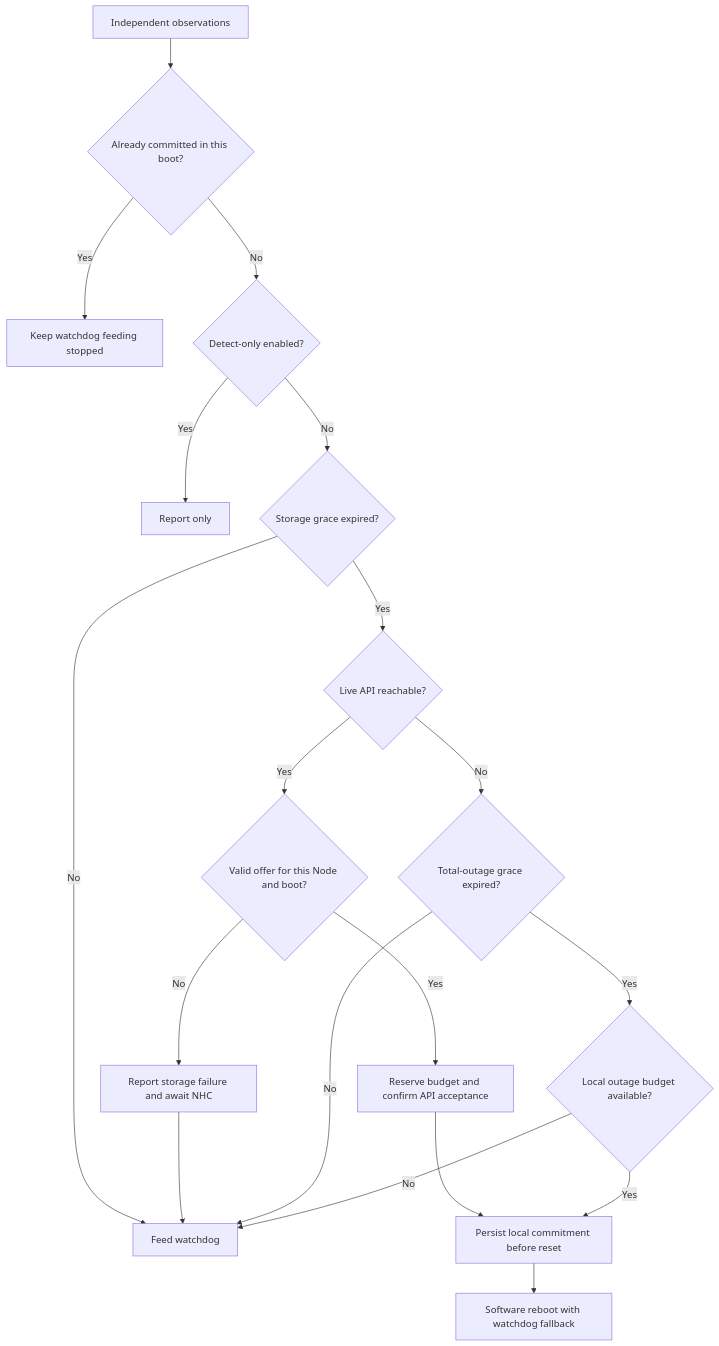
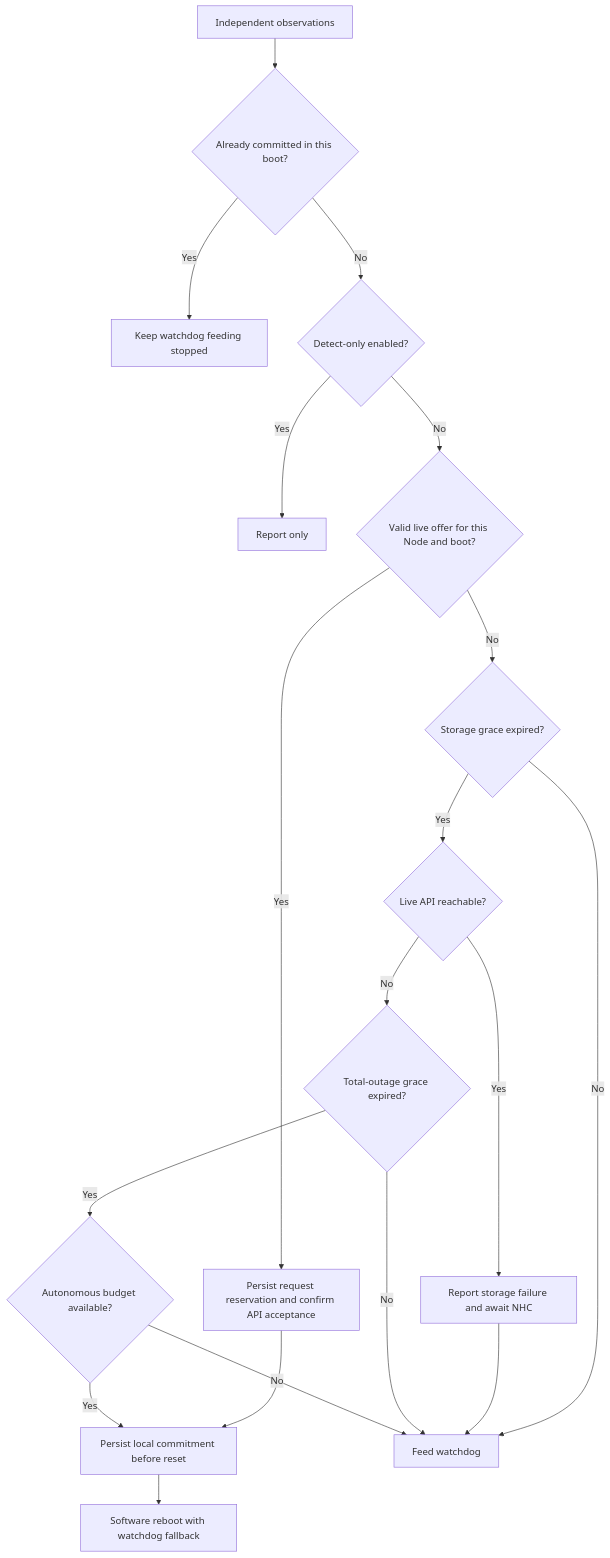
One commit to medik8s/storage-based-remediation changed the second of 3 diagrams in docs/design/storage-arbitrated-remediation.md. Above: the diagram before and after it, drawn with Mermaid. The commit also changed other lines of this file, not shown here.

Commit message:
simplify language; introduce a new field for total outage grace period

````diff
--- a/docs/design/storage-arbitrated-remediation.md
+++ b/docs/design/storage-arbitrated-remediation.md
@@ -473,21 +482,21 @@
 ```mermaid
 flowchart TD
   Tick["Independent observations"] --> Committed{"Already committed in this boot?"}
   Committed -->|Yes| Finish["Keep watchdog feeding stopped"]
   Committed -->|No| Detect{"Detect-only enabled?"}
   Detect -->|Yes| Observe["Report only"]
-  Detect -->|No| Storage{"Storage grace expired?"}
+  Detect -->|No| Request{"Valid live offer for this Node and boot?"}
+  Request -->|Yes| Accept["Persist request reservation and confirm API acceptance"]
+  Accept --> Commit["Persist local commitment before reset"]
+  Request -->|No| Storage{"Storage grace expired?"}
   Storage -->|No| Feed["Feed watchdog"]
   Storage -->|Yes| API{"Live API reachable?"}
-  API -->|Yes| Request{"Valid offer for this Node and boot?"}
-  Request -->|Yes| Accept["Reserve budget and confirm API acceptance"]
-  Accept --> Commit["Persist local commitment before reset"]
-  Request -->|No| Wait["Report storage failure and await NHC"]
+  API -->|Yes| Wait["Report storage failure and await NHC"]
   Wait --> Feed
   API -->|No| Grace{"Total-outage grace expired?"}
   Grace -->|No| Feed
-  Grace -->|Yes| Budget{"Local outage budget available?"}
+  Grace -->|Yes| Budget{"Autonomous budget available?"}
   Budget -->|No| Feed
   Budget -->|Yes| Commit
   Commit --> Reset["Software reboot with watchdog fallback"]
 ```
````
